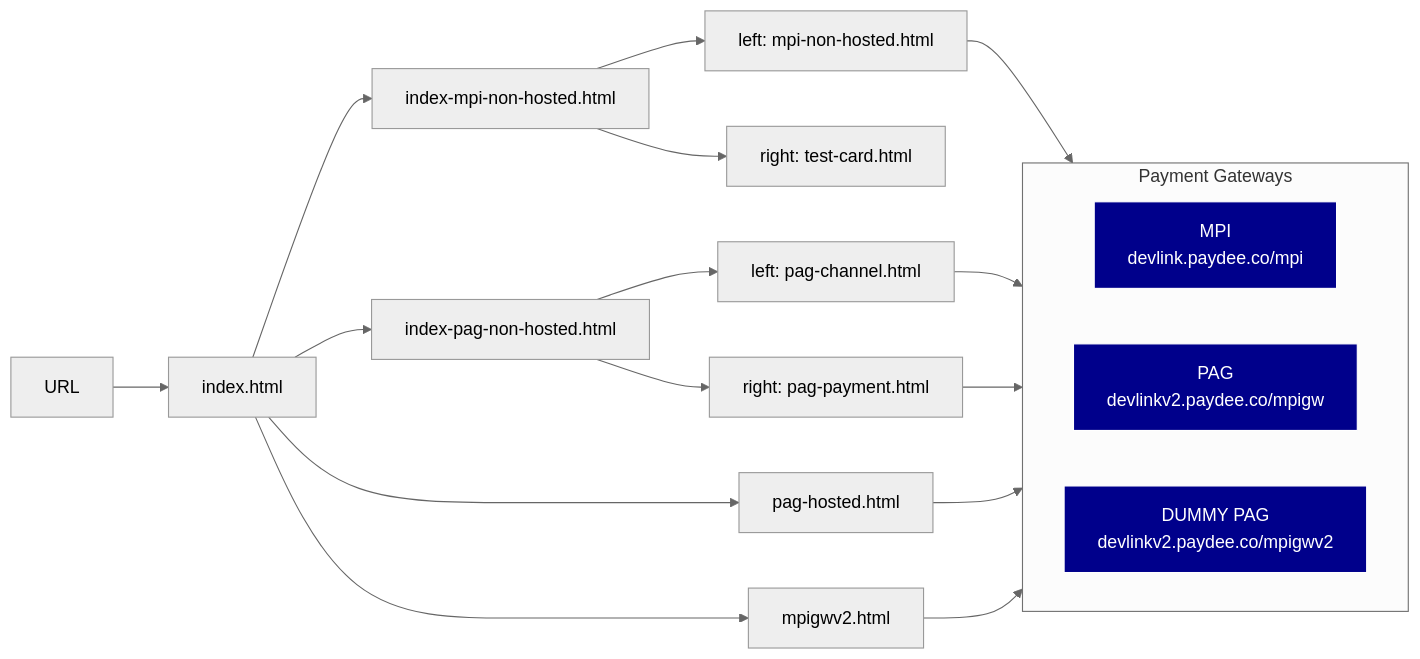
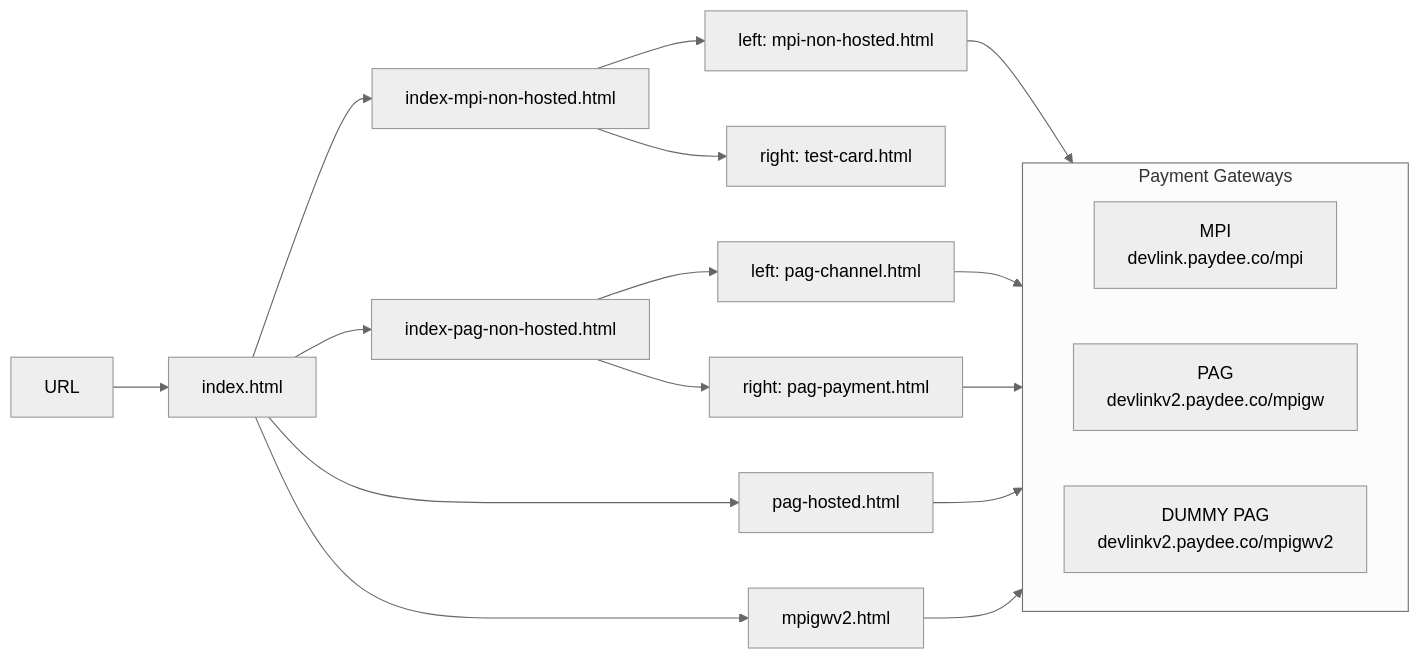
The first of 2 diagrams in README.md (systemspcpyd/payment-page), drawn with Mermaid (neutral theme) before and after one commit.

````diff
--- a/README.md
+++ b/README.md
@@ -7,33 +7,31 @@
 ```mermaid
 graph LR
     URL --> Index["index.html"]
     
     Index --> MPI["index-mpi-non-hosted.html"]
     Index --> PAG_Non["index-pag-non-hosted.html"]
     Index --> PAG_Hosted["pag-hosted.html"]
     Index --> Dummy["mpigwv2.html"]
     
     MPI --> MPI_L["left: mpi-non-hosted.html"]
     MPI --> MPI_R["right: test-card.html"]
     
     PAG_Non --> PAG_L["left: pag-channel.html"]
     PAG_Non --> PAG_R["right: pag-payment.html"]
     
     %% Group targets to force horizontal alignment
     subgraph Gateways [Payment Gateways]
         direction LR
         Target1["MPI<br/>devlink.paydee.co/mpi"]
         Target2["PAG<br/>devlinkv2.paydee.co/mpigw"]
         Target3["DUMMY PAG<br/>devlinkv2.paydee.co/mpigwv2"]
     end
     
     MPI_L --> Target1
     PAG_L --> Target2
     PAG_R --> Target2
     PAG_Hosted --> Target2
     Dummy --> Target3
 
-    style Target1 fill:#00008B,stroke:#fff,color:#fff
-    style Target2 fill:#00008B,stroke:#fff,color:#fff
-    style Target3 fill:#00008B,stroke:#fff,color:#fff
+
 ```
````
